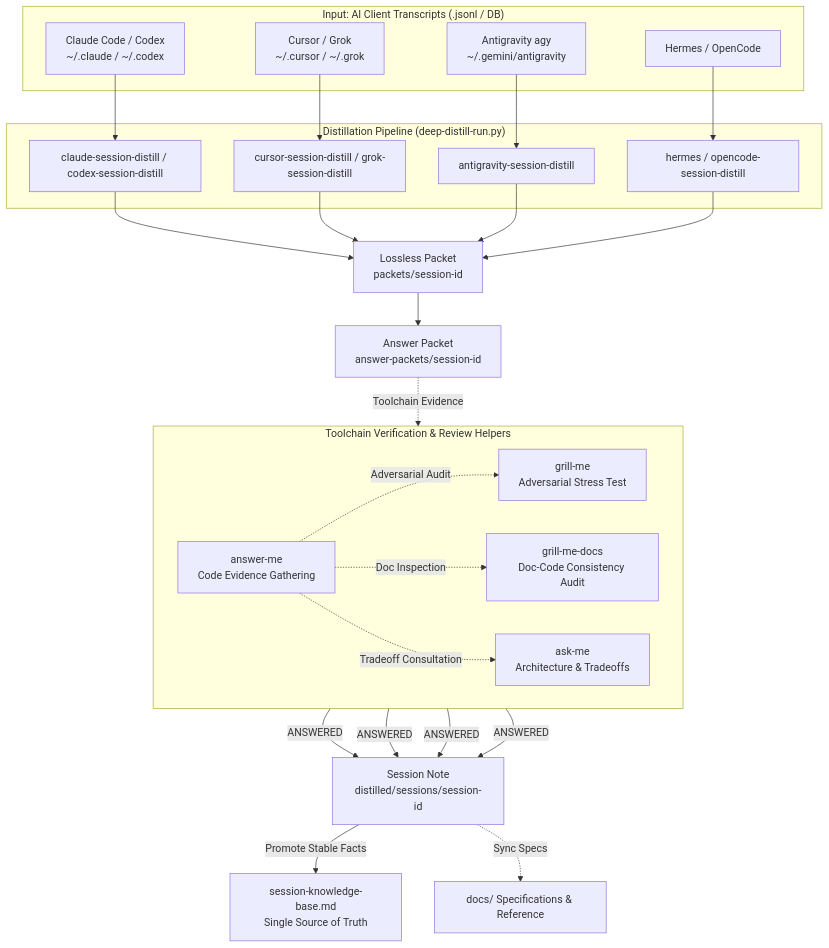
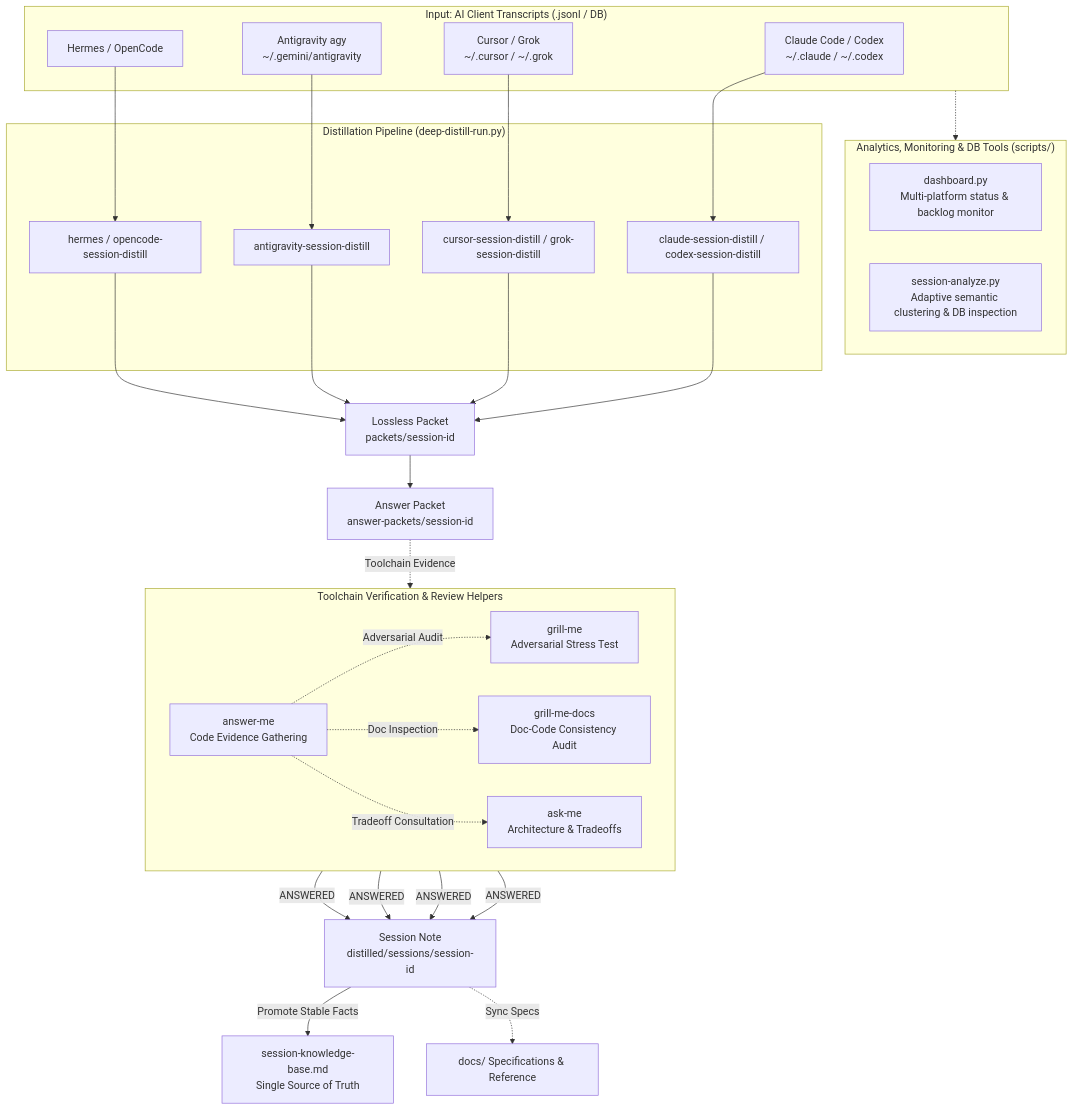
Before and after one commit to manhua-man/session-distill-skills: the diagram in README.md, drawn with Mermaid. The commit also changed other lines of this file and 1 other file, not shown here.

Commit message:
docs: update README and README_zh with CLI tools, multi-project taxonomy, and architecture

````diff
--- a/README.md
+++ b/README.md
@@ -9,46 +11,52 @@
 ```mermaid
 flowchart TD
     subgraph SRC["Input: AI Client Transcripts (.jsonl / DB)"]
         S1["Claude Code / Codex<br/>~/.claude / ~/.codex"]
         S2["Cursor / Grok<br/>~/.cursor / ~/.grok"]
         S3["Antigravity agy<br/>~/.gemini/antigravity"]
         S4["Hermes / OpenCode"]
+    end
+
+    subgraph UTILS["Analytics, Monitoring & DB Tools (scripts/)"]
+        U1["dashboard.py<br/>Multi-platform status & backlog monitor"]
+        U2["session-analyze.py<br/>Adaptive semantic clustering & DB inspection"]
     end
 
     subgraph DISTILL["Distillation Pipeline (deep-distill-run.py)"]
         D1["claude-session-distill / codex-session-distill"]
         D2["cursor-session-distill / grok-session-distill"]
         D3["antigravity-session-distill"]
         D4["hermes / opencode-session-distill"]
     end
 
     PKT["Lossless Packet<br/>packets/session-id"]
     APKT["Answer Packet<br/>answer-packets/session-id"]
     NOTE["Session Note<br/>distilled/sessions/session-id"]
 
     subgraph HELPERS["Toolchain Verification & Review Helpers"]
         direction LR
         H1["answer-me<br/>Code Evidence Gathering"]
         H2["grill-me<br/>Adversarial Stress Test"]
         H3["grill-me-docs<br/>Doc-Code Consistency Audit"]
         H4["ask-me<br/>Architecture & Tradeoffs"]
     end
 
     KB["session-knowledge-base.md<br/>Single Source of Truth"]
     DOCS["docs/ Specifications & Reference"]
 
+    SRC -.-> UTILS
     S1 --> D1
     S2 --> D2
     S3 --> D3
     S4 --> D4
 
     D1 & D2 & D3 & D4 --> PKT
     PKT --> APKT
     APKT -.Toolchain Evidence.-> H1
     H1 -.Adversarial Audit.-> H2
     H1 -.Doc Inspection.-> H3
     H1 -.Tradeoff Consultation.-> H4
     H1 & H2 & H3 & H4 -->|ANSWERED| NOTE
     NOTE -->|Promote Stable Facts| KB
     NOTE -.Sync Specs.-> DOCS
 ```
````
